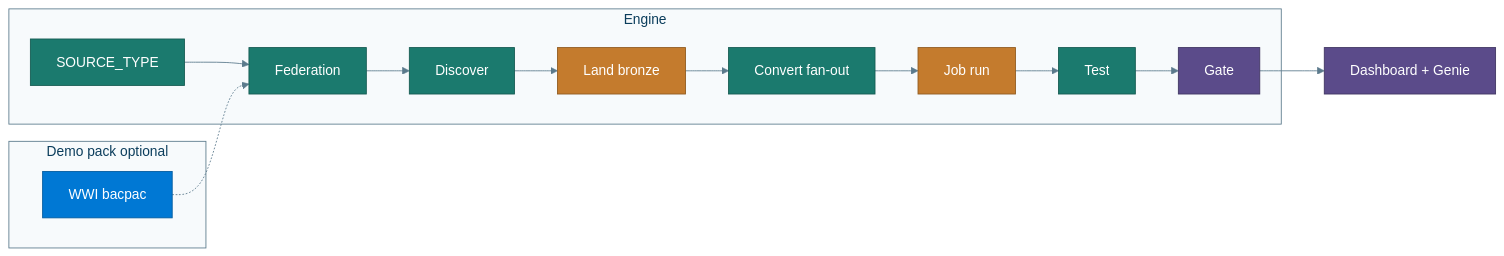
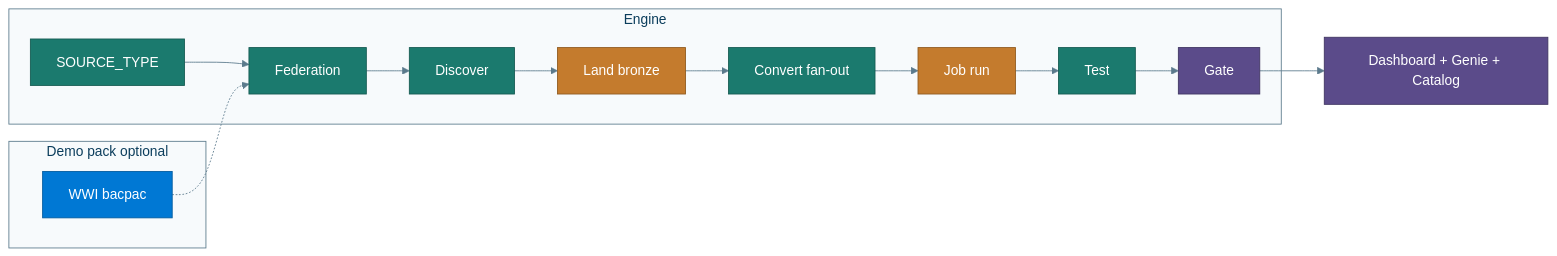
The diagram in docs/architecture.md (Jericho2010/edwmigration), drawn with Mermaid before and after one commit. The commit also changed other lines of this file and 44 other files, not shown here.

````diff
--- a/docs/architecture.md
+++ b/docs/architecture.md
@@ -13,26 +13,26 @@
 ```mermaid
 %%{init: {"theme":"base","themeVariables":{"primaryColor":"#E8F1F8","primaryTextColor":"#0B3D5C","primaryBorderColor":"#0B3D5C","lineColor":"#5B7A8C","secondaryColor":"#E6F4F1","tertiaryColor":"#F7F3EA","background":"#FFFFFF","mainBkg":"#E8F1F8","clusterBkg":"#F7FAFC","clusterBorder":"#5B7A8C","titleColor":"#0B3D5C","edgeLabelBackground":"#FFFFFF"}}}%%
 flowchart LR
   subgraph engine [Engine]
     ST[SOURCE_TYPE] --> Fed[Federation]
     Fed --> Disc[Discover]
     Disc --> Land[Land bronze]
     Land --> Conv[Convert fan-out]
     Conv --> Job[Job run]
     Job --> Test[Test]
     Test --> Gate[Gate]
   end
   subgraph demo [Demo pack optional]
     WWI[WWI bacpac]
   end
   WWI -.-> Fed
-  Gate --> Obs[Dashboard + Genie]
+  Gate --> Obs[Dashboard + Genie + Catalog]
   classDef agent fill:#1B7A6E,stroke:#145A51,color:#fff
   classDef azureC fill:#0078D4,stroke:#005A9E,color:#fff
   classDef bronze fill:#C47B2D,stroke:#8F5A1F,color:#fff
   classDef ops fill:#5B4B8A,stroke:#3F3460,color:#fff
   class ST,Fed,Disc,Conv,Test agent
   class WWI azureC
   class Land,Job bronze
   class Gate,Obs ops
 ```
````
